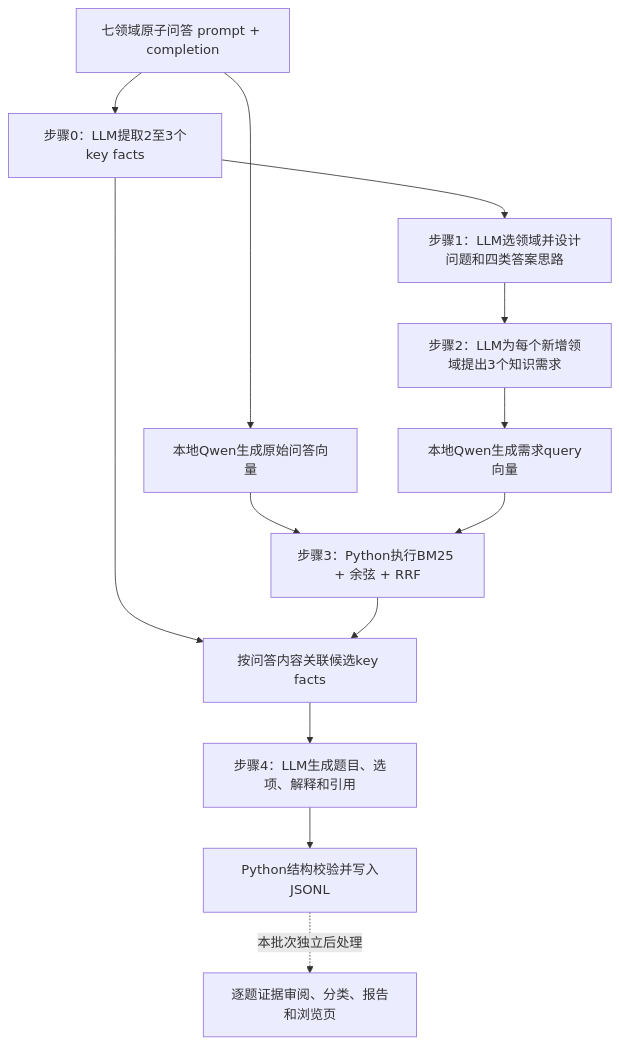
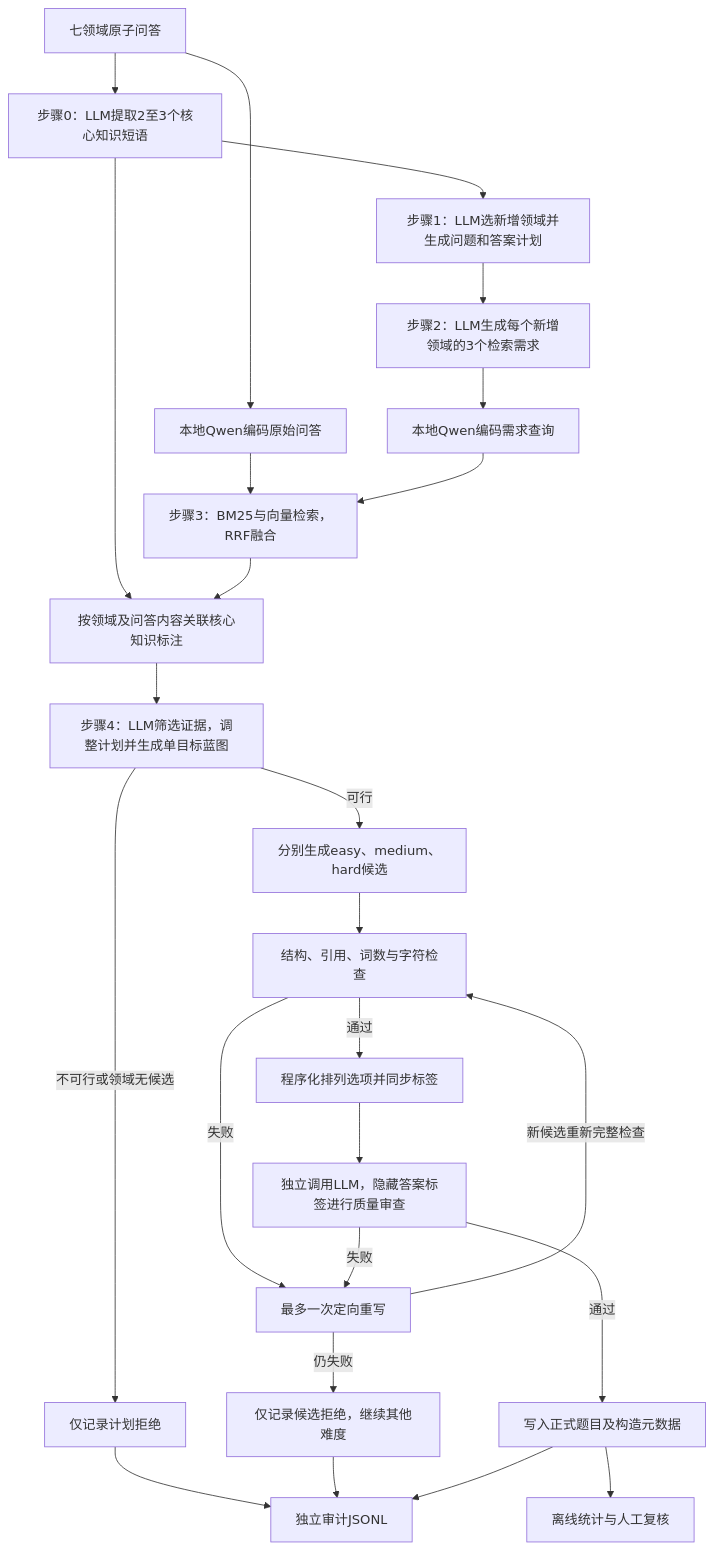
Before and after one commit to taltalw/cross-x: the diagram in knowledge/pipielines_v5/CURRENT_WORKFLOW_20261001.md, drawn with Mermaid. The commit also changed other lines of this file and 4 other files, not shown here.

````diff
--- a/knowledge/pipielines_v5/CURRENT_WORKFLOW_20261001.md
+++ b/knowledge/pipielines_v5/CURRENT_WORKFLOW_20261001.md
@@ -9,15 +9,27 @@
 ```mermaid
 flowchart TD
-    A[七领域原子问答 prompt + completion] --> B[步骤0：LLM提取2至3个key facts]
-    B --> C[步骤1：LLM选领域并设计问题和四类答案思路]
-    C --> D[步骤2：LLM为每个新增领域提出3个知识需求]
-    A --> E[本地Qwen生成原始问答向量]
-    D --> F[本地Qwen生成需求query向量]
-    E --> G[步骤3：Python执行BM25 + 余弦 + RRF]
+    A[七领域原子问答] --> B[步骤0：LLM提取2至3个核心知识短语]
+    B --> C[步骤1：LLM选新增领域并生成问题和答案计划]
+    C --> D[步骤2：LLM生成每个新增领域的3个检索需求]
+    A --> E[本地Qwen编码原始问答]
+    D --> F[本地Qwen编码需求查询]
+    E --> G[步骤3：BM25与向量检索，RRF融合]
     F --> G
-    B --> H[按问答内容关联候选key facts]
+    B --> H[按领域及问答内容关联核心知识标注]
     G --> H
-    H --> I[步骤4：LLM生成题目、选项、解释和引用]
-    I --> J[Python结构校验并写入JSONL]
-    J -. 本批次独立后处理 .-> K[逐题证据审阅、分类、报告和浏览页]
+    H --> I[步骤4：LLM筛选证据，调整计划并生成单目标蓝图]
+    I -->|不可行或领域无候选| R[仅记录计划拒绝]
+    I -->|可行| J[分别生成easy、medium、hard候选]
+    J --> K[结构、引用、词数与字符检查]
+    K -->|通过| L[程序化排列选项并同步标签]
+    L --> M[独立调用LLM，隐藏答案标签进行质量审查]
+    M -->|通过| N[写入正式题目及构造元数据]
+    K -->|失败| P[最多一次定向重写]
+    M -->|失败| P
+    P -->|新候选重新完整检查| K
+    P -->|仍失败| Q[仅记录候选拒绝，继续其他难度]
+    N --> S[离线统计与人工复核]
+    R --> T[独立审计JSONL]
+    Q --> T
+    N --> T
 ```
````
